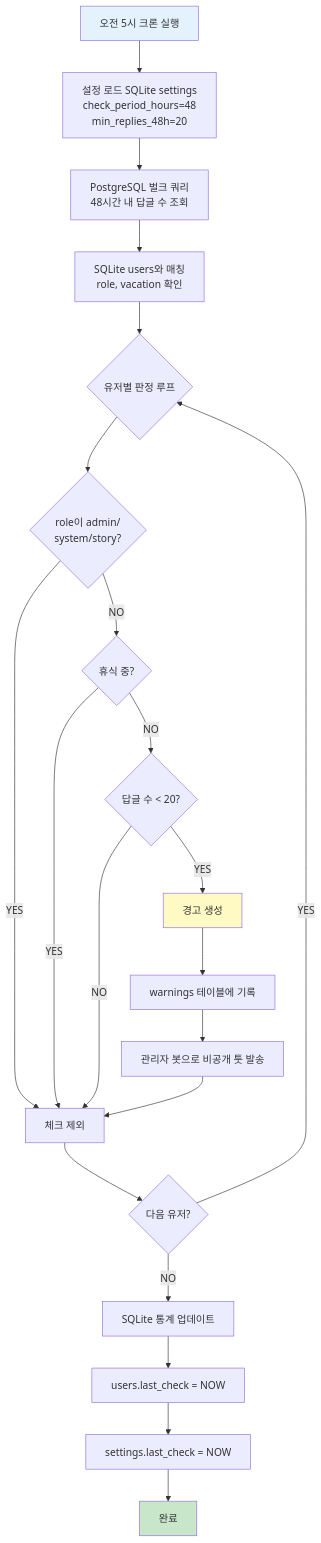
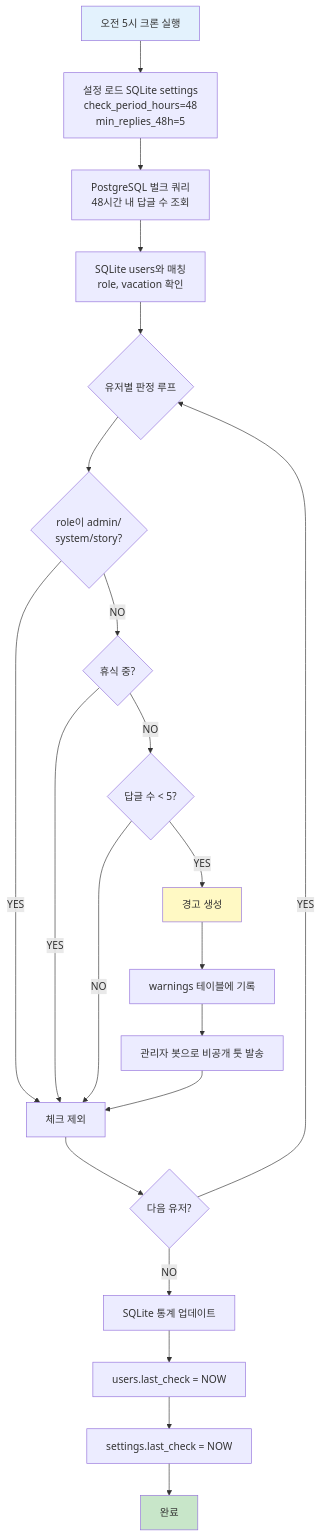
Before and after one commit to NinoNinoNinoling/commumanager: the fourth of 5 diagrams in docs/ARCHITECTURE.md, drawn with Mermaid. The commit also changed 10 other files, not shown here.

````diff
--- a/docs/ARCHITECTURE.md
+++ b/docs/ARCHITECTURE.md
@@ -193,27 +193,27 @@
 ```mermaid
 flowchart TD
-    A[오전 5시 크론 실행] --> B[설정 로드 SQLite settings<br/>check_period_hours=48<br/>min_replies_48h=20]
+    A[오전 5시 크론 실행] --> B[설정 로드 SQLite settings<br/>check_period_hours=48<br/>min_replies_48h=5]
     B --> C[PostgreSQL 벌크 쿼리<br/>48시간 내 답글 수 조회]
     C --> D[SQLite users와 매칭<br/>role, vacation 확인]
     D --> E{유저별 판정 루프}
     E --> F{role이 admin/<br/>system/story?}
     F -->|YES| E1[체크 제외]
     F -->|NO| G{휴식 중?}
     G -->|YES| E1
-    G -->|NO| H{답글 수 < 20?}
+    G -->|NO| H{답글 수 < 5?}
     H -->|NO| E1
     H -->|YES| I[경고 생성]
     I --> I1[warnings 테이블에 기록]
     I1 --> I2[관리자 봇으로 비공개 툿 발송]
     I2 --> E1
     E1 --> J{다음 유저?}
     J -->|YES| E
     J -->|NO| K[SQLite 통계 업데이트]
     K --> K1[users.last_check = NOW]
     K1 --> K2[settings.last_check = NOW]
     K2 --> L[완료]
 
     style A fill:#e3f2fd
     style L fill:#c8e6c9
     style I fill:#fff9c4
 ```
````
